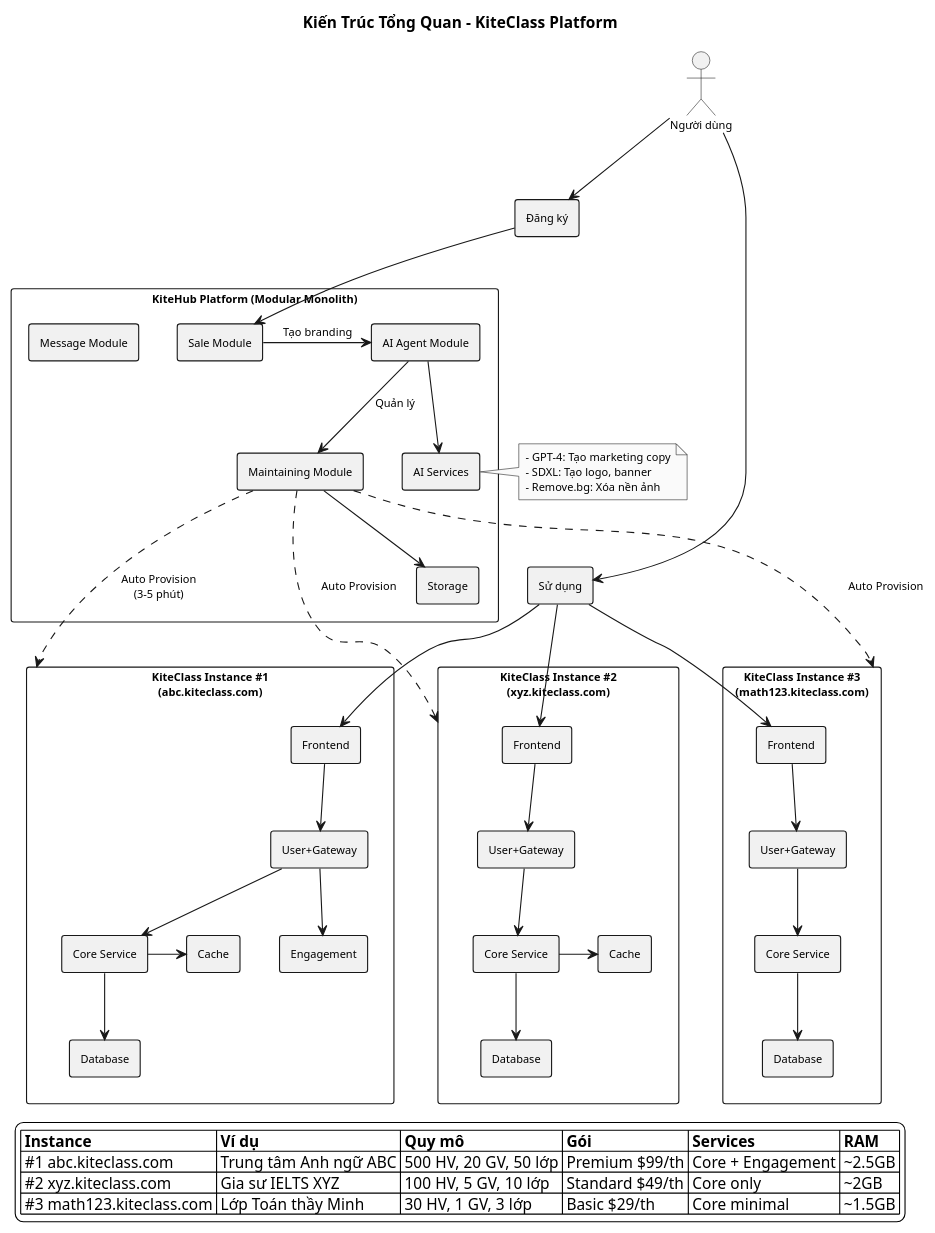
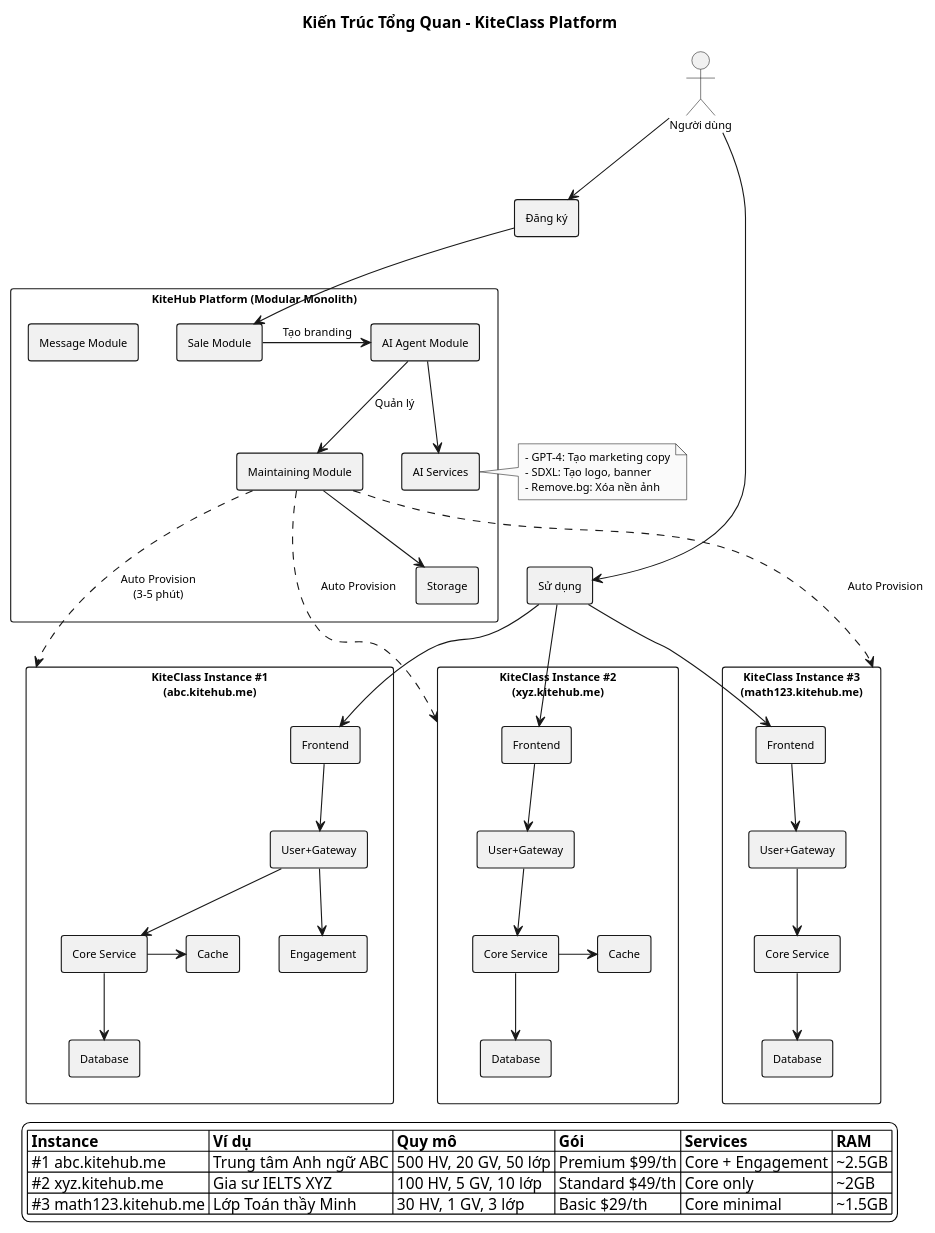
The diagram in documents/06-diagrams/plantuml/05-system-overview-v3.puml (VictorAurelius/2026-Kite-Class-Platform), drawn with PlantUML before and after one commit. The commit also changed 278 other files, not shown here.

First line of the commit message:
fix(domain): sweep stale kiteclass.vn/.com → canonical kitehub.me ({slug}.kitehub.me tenant) + CI detector (GAP-1241) (#2374)

```diff
--- a/documents/06-diagrams/plantuml/05-system-overview-v3.puml
+++ b/documents/06-diagrams/plantuml/05-system-overview-v3.puml
@@ -1,98 +1,98 @@
 @startuml system-overview-v3
 skinparam backgroundColor #FFFFFF
 skinparam defaultFontSize 10
 skinparam monochrome true
 skinparam shadowing false
 skinparam packageStyle rectangle
 skinparam rectangleBorderThickness 1
 
 title Kiến Trúc Tổng Quan - KiteClass Platform
 
 actor "Người dùng" as USER
 
 rectangle "Đăng ký" as REG
 rectangle "Sử dụng" as USE
 
 USER -down-> REG
 USER -down-> USE
 
 package "KiteHub Platform (Modular Monolith)" {
     rectangle "Message Module" as MSG
     rectangle "Sale Module" as SALE
 
     rectangle "AI Agent Module" as AI
     rectangle "Maintaining Module" as MAINT
 
     rectangle "Storage" as STORAGE
     rectangle "AI Services" as AI_SVC
 
     MSG -[hidden]right- SALE
     AI -[hidden]right- MAINT
     AI -down-> AI_SVC
     MAINT -down-> STORAGE
 }
 
 note right of AI_SVC
     - GPT-4: Tạo marketing copy
     - SDXL: Tạo logo, banner
     - Remove.bg: Xóa nền ảnh
 end note
 
-package "KiteClass Instance #1\n(abc.kiteclass.com)" as KC1 {
+package "KiteClass Instance #1\n(abc.kitehub.me)" as KC1 {
     rectangle "Frontend" as FE1
     rectangle "User+Gateway" as UG1
     rectangle "Core Service" as CORE1
     rectangle "Engagement" as ENG1
     rectangle "Database" as DB1
     rectangle "Cache" as CACHE1
 }
 
-package "KiteClass Instance #2\n(xyz.kiteclass.com)" as KC2 {
+package "KiteClass Instance #2\n(xyz.kitehub.me)" as KC2 {
     rectangle "Frontend" as FE2
     rectangle "User+Gateway" as UG2
     rectangle "Core Service" as CORE2
     rectangle "Database" as DB2
     rectangle "Cache" as CACHE2
 }
 
-package "KiteClass Instance #3\n(math123.kiteclass.com)" as KC3 {
+package "KiteClass Instance #3\n(math123.kitehub.me)" as KC3 {
     rectangle "Frontend" as FE3
     rectangle "User+Gateway" as UG3
     rectangle "Core Service" as CORE3
     rectangle "Database" as DB3
 }
 
 REG -down-> SALE
 SALE -right-> AI : Tạo branding
 AI -down-> MAINT : Quản lý
 MAINT -down..> KC1 : Auto Provision\n(3-5 phút)
 MAINT -down..> KC2 : Auto Provision
 MAINT -down..> KC3 : Auto Provision
 
 USE -down-> FE1
 USE -down-> FE2
 USE -down-> FE3
 
 FE1 -down-> UG1
 UG1 -down-> CORE1
 UG1 -down-> ENG1
 CORE1 -down-> DB1
 CORE1 -right-> CACHE1
 
 FE2 -down-> UG2
 UG2 -down-> CORE2
 CORE2 -down-> DB2
 CORE2 -right-> CACHE2
 
 FE3 -down-> UG3
 UG3 -down-> CORE3
 CORE3 -down-> DB3
 
 legend bottom
 |= Instance |= Ví dụ |= Quy mô |= Gói |= Services |= RAM |
-| #1 abc.kiteclass.com | Trung tâm Anh ngữ ABC | 500 HV, 20 GV, 50 lớp | Premium $99/th | Core + Engagement | ~2.5GB |
-| #2 xyz.kiteclass.com | Gia sư IELTS XYZ | 100 HV, 5 GV, 10 lớp | Standard $49/th | Core only | ~2GB |
-| #3 math123.kiteclass.com | Lớp Toán thầy Minh | 30 HV, 1 GV, 3 lớp | Basic $29/th | Core minimal | ~1.5GB |
+| #1 abc.kitehub.me | Trung tâm Anh ngữ ABC | 500 HV, 20 GV, 50 lớp | Premium $99/th | Core + Engagement | ~2.5GB |
+| #2 xyz.kitehub.me | Gia sư IELTS XYZ | 100 HV, 5 GV, 10 lớp | Standard $49/th | Core only | ~2GB |
+| #3 math123.kitehub.me | Lớp Toán thầy Minh | 30 HV, 1 GV, 3 lớp | Basic $29/th | Core minimal | ~1.5GB |
 endlegend
 
 @enduml
```
